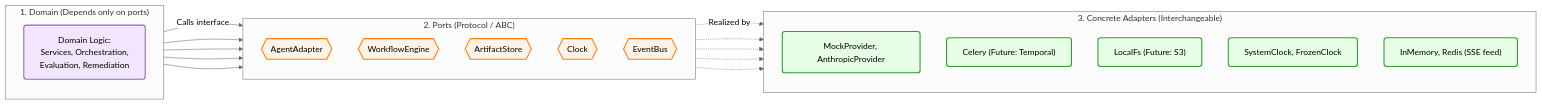
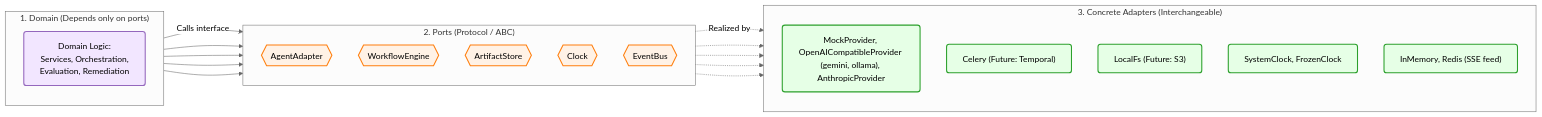
Before and after one commit to AgentiCubed/A3: the third of 5 diagrams in docs/system-overview.md, drawn with Mermaid (neutral theme). The commit also changed other lines of this file and 5 other files, not shown here.

````diff
--- a/docs/system-overview.md
+++ b/docs/system-overview.md
@@ -124,44 +124,44 @@
 ```mermaid
 flowchart LR
     %% Styling classes for visual distinction and accessibility
     classDef domain fill:#f2e6ff,stroke:#9467bd,stroke-width:2px,color:#000,rx:5,ry:5
     classDef port fill:#fff2e6,stroke:#ff7f0e,stroke-width:2px,color:#000,shape:hexagon
     classDef adapter fill:#e6ffe6,stroke:#2ca02c,stroke-width:2px,color:#000,rx:5,ry:5
 
     subgraph DomainLayer ["1. Domain (Depends only on ports)"]
         direction TB
         D["Domain Logic: \nServices, Orchestration, \nEvaluation, Remediation"]:::domain
     end
 
     subgraph PortLayer ["2. Ports (Protocol / ABC)"]
         direction TB
         P1{{"AgentAdapter"}}:::port
         P2{{"WorkflowEngine"}}:::port
         P3{{"ArtifactStore"}}:::port
         P4{{"Clock"}}:::port
         P5{{"EventBus"}}:::port
     end
 
     subgraph AdapterLayer ["3. Concrete Adapters (Interchangeable)"]
         direction TB
-        A1["MockProvider, AnthropicProvider"]:::adapter
+        A1["MockProvider, OpenAICompatibleProvider \n(gemini, ollama), AnthropicProvider"]:::adapter
         A2["Celery (Future: Temporal)"]:::adapter
         A3["LocalFs (Future: S3)"]:::adapter
         A4["SystemClock, FrozenClock"]:::adapter
         A5["InMemory, Redis (SSE feed)"]:::adapter
     end
 
     %% Dependency flow
     D -->|Calls interface| P1
     D --> P2
     D --> P3
     D --> P4
     D --> P5
 
     %% Implementation flow (Dotted lines show dependency inversion)
     P1 -.->|Realized by| A1
     P2 -.-> A2
     P3 -.-> A3
     P4 -.-> A4
     P5 -.-> A5
 ```
````
